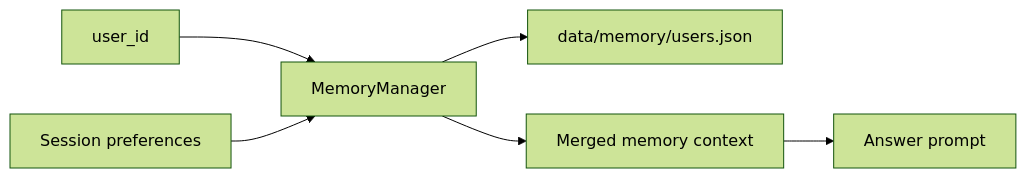
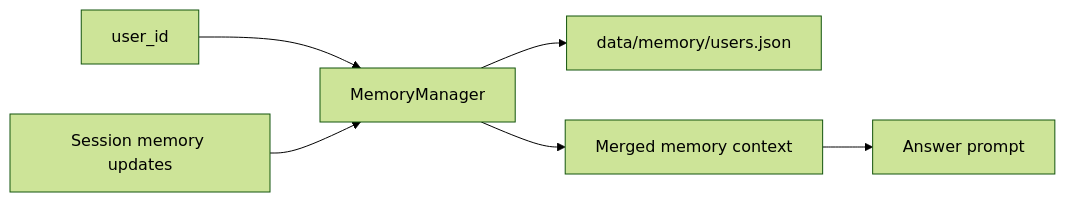
The second of 2 diagrams in documentation/personalization-memory.md (Piyushmittal2192/rag_frameworks), drawn with Mermaid (forest theme) before and after one commit. The commit also changed other lines of this file and 11 other files, not shown here.

````diff
--- a/documentation/personalization-memory.md
+++ b/documentation/personalization-memory.md
@@ -31,8 +41,8 @@
 ```mermaid
 flowchart LR
     U["user_id"] --> M["MemoryManager"]
-    S["Session preferences"] --> M
+    S["Session memory updates"] --> M
     M --> Store["data/memory/users.json"]
     M --> Context["Merged memory context"]
     Context --> Prompt["Answer prompt"]
 ```
````
